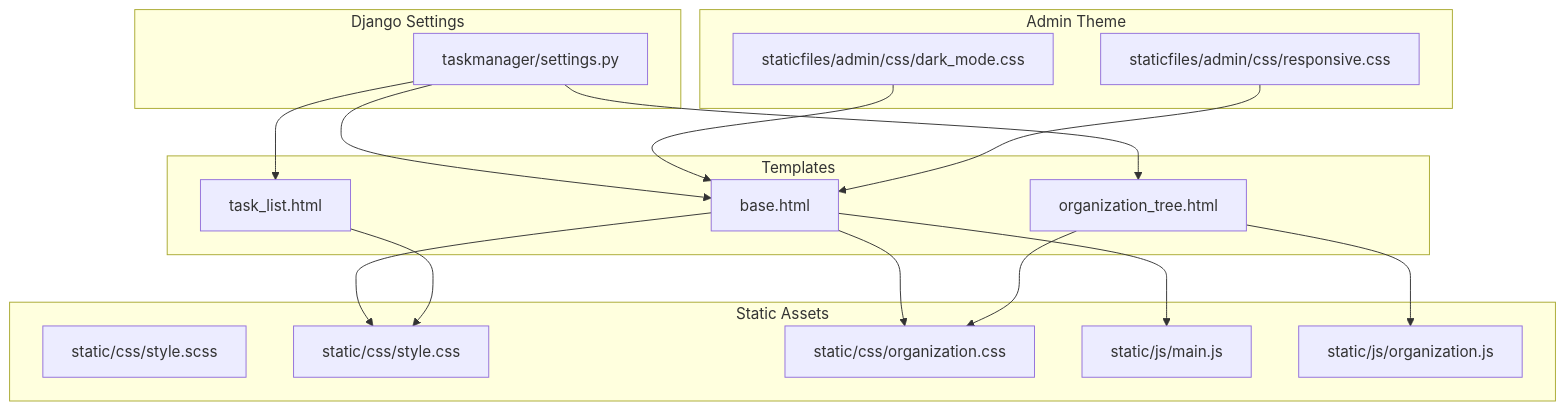
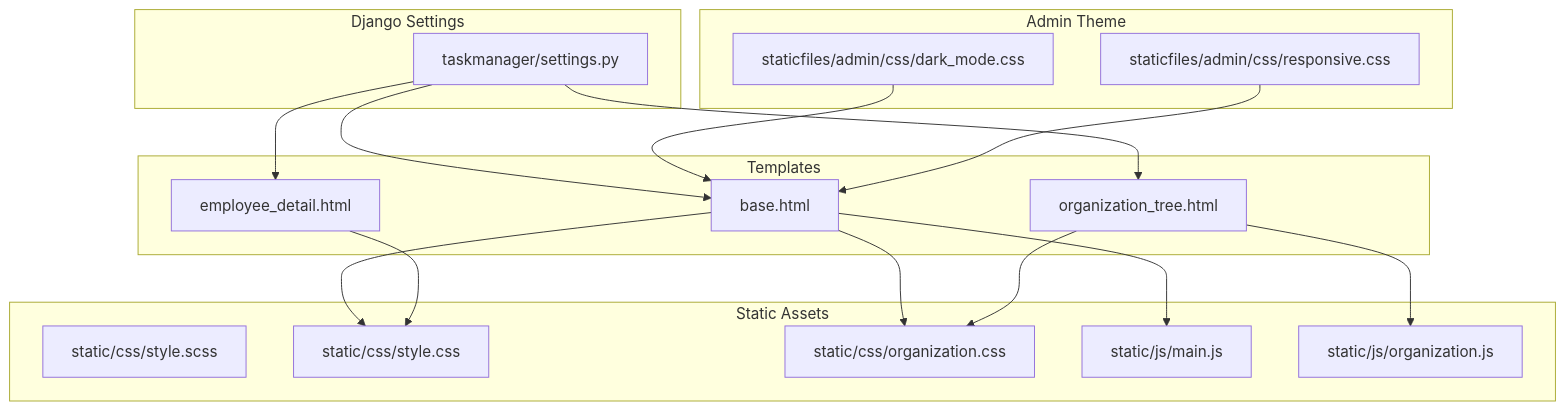
One commit to Pavel9474/task_manager changed the first of 8 diagrams in .qoder/repowiki/en/content/User Interface and Templates/Styling System and CSS Architecture.md. Above: the diagram before and after it, drawn with Mermaid. The commit also changed other lines of this file and 11 other files, not shown here.

Commit message:
bars are added gantt correct, popup windows works

````diff
--- a/.qoder/repowiki/en/content/User Interface and Templates/Styling System and CSS Architecture.md
+++ b/.qoder/repowiki/en/content/User Interface and Templates/Styling System and CSS Architecture.md
@@ -40,33 +47,33 @@
 ```mermaid
 graph TB
 subgraph "Templates"
 T1["base.html"]
-T2["task_list.html"]
+T2["employee_detail.html"]
 T3["organization_tree.html"]
 end
 subgraph "Static Assets"
 S1["static/css/style.scss"]
 S2["static/css/style.css"]
 S3["static/css/organization.css"]
 J1["static/js/main.js"]
 J2["static/js/organization.js"]
 end
 subgraph "Django Settings"
 D1["taskmanager/settings.py"]
 end
 subgraph "Admin Theme"
 A1["staticfiles/admin/css/dark_mode.css"]
 A2["staticfiles/admin/css/responsive.css"]
 end
 T1 --> S2
 T1 --> S3
 T2 --> S2
 T3 --> S3
 T1 --> J1
 T3 --> J2
 D1 --> T1
 D1 --> T2
 D1 --> T3
 A1 --> T1
 A2 --> T1
 ```
````
